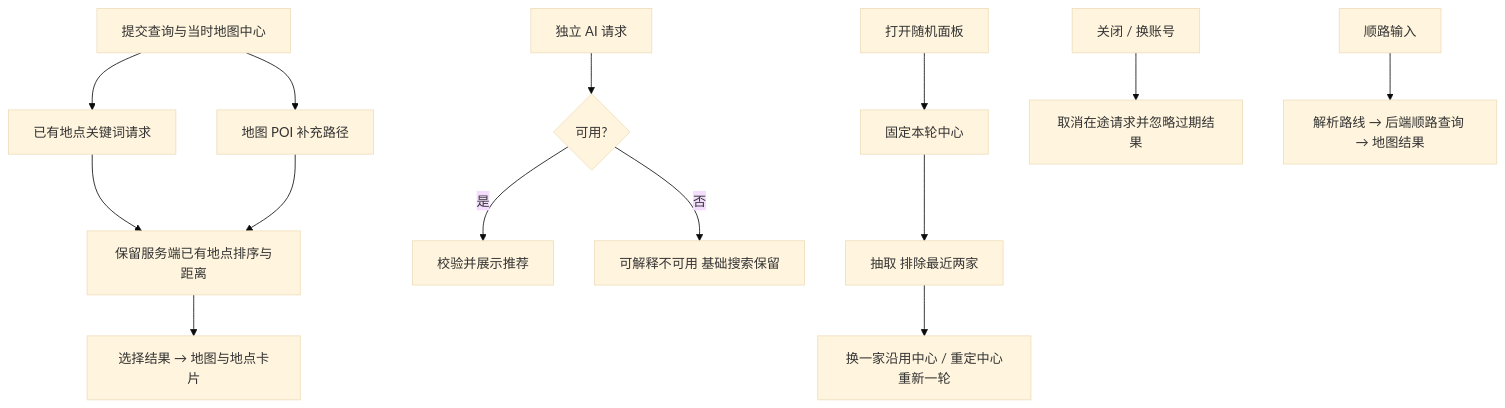
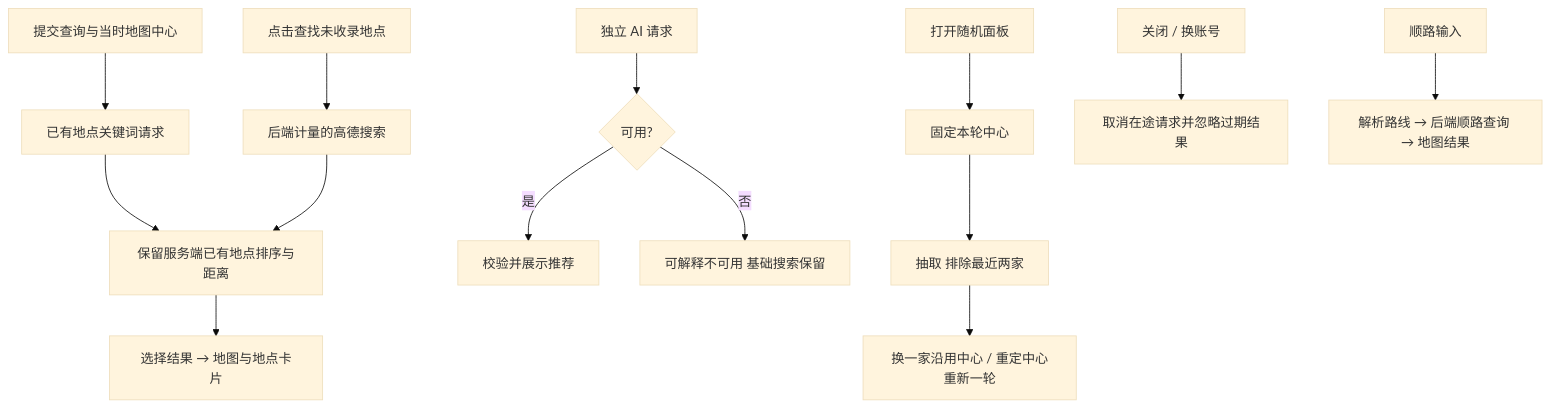
Before and after one commit to DinnerpartyFoodMap/dinnerparty_community: the diagram in frontend/src/discovery/doc/README.md, drawn with Mermaid (base theme). The commit also changed other lines of this file and 28 other files, not shown here.

````diff
--- a/frontend/src/discovery/doc/README.md
+++ b/frontend/src/discovery/doc/README.md
@@ -5,16 +7,16 @@
 ```mermaid
 flowchart TD
     Submit[提交查询与当时地图中心] --> Local[已有地点关键词请求]
-    Submit --> POI[地图 POI 补充路径]
+    Explicit[点击查找未收录地点] --> POI[后端计量的高德搜索]
     Local --> Result[保留服务端已有地点排序与距离]
     POI --> Result
     Result --> Select[选择结果 → 地图与地点卡片]
     AskAI[独立 AI 请求] --> AI{可用?}
     AI -->|是| Recommendation[校验并展示推荐]
     AI -->|否| Unavailable[可解释不可用 基础搜索保留]
     Random[打开随机面板] --> Center[固定本轮中心]
     Center --> Draw[抽取 排除最近两家]
     Draw --> More[换一家沿用中心 / 重定中心重新一轮]
     Close[关闭 / 换账号] --> Cancel[取消在途请求并忽略过期结果]
     Route[顺路输入] --> Resolve[解析路线 → 后端顺路查询 → 地图结果]
 ```
````
